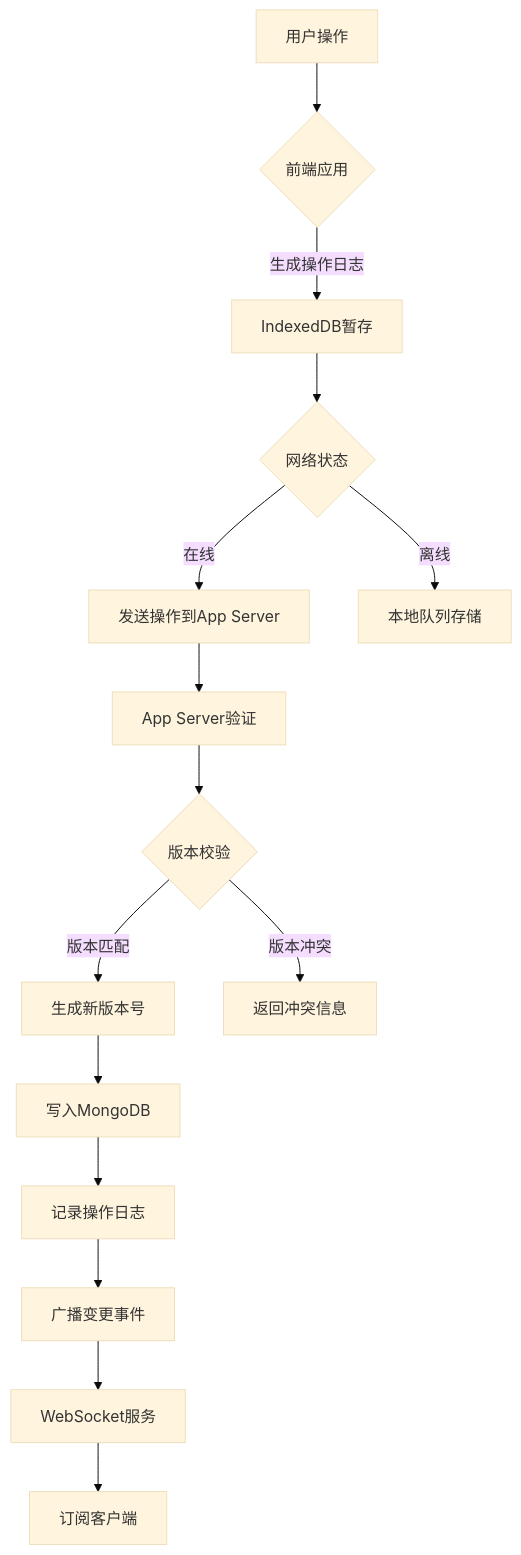
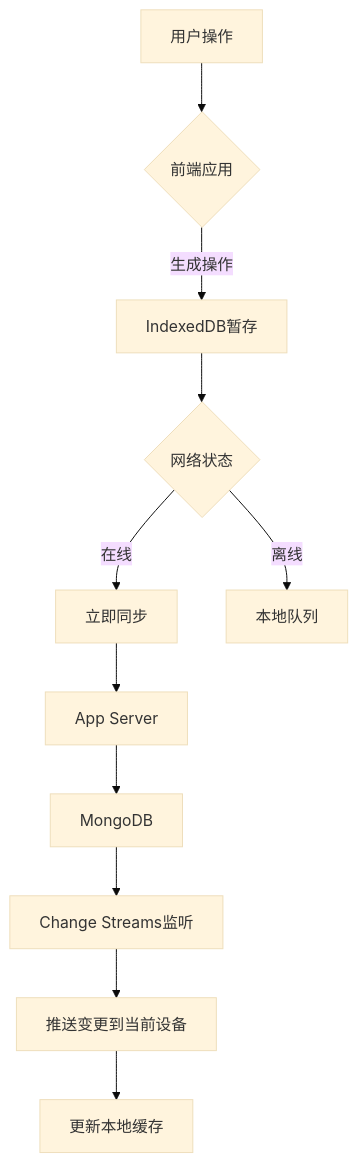
The diagram in all/未命名-21.md (yingjianzh/iodraw-files), drawn with Mermaid (base theme) before and after one commit.

Commit message:
2025-02-17 14:35:59 update

````diff
--- a/all/未命名-21.md
+++ b/all/未命名-21.md
@@ -1,17 +1,13 @@
 ```mermaid
 graph TD
     A[用户操作] --> B{前端应用}
-    B -->|生成操作日志| C[IndexedDB暂存]
+    B -->|生成操作| C[IndexedDB暂存]
     C --> D{网络状态}
-    D -->|在线| E[发送操作到App Server]
-    D -->|离线| F[本地队列存储]
-    E --> G[App Server验证]
-    G --> H{版本校验}
-    H -->|版本匹配| I[生成新版本号]
-    H -->|版本冲突| J[返回冲突信息]
-    I --> K[写入MongoDB]
-    K --> L[记录操作日志]
-    L --> M[广播变更事件]
-    M --> N[WebSocket服务]
-    N --> O[订阅客户端]
+    D -->|在线| E[立即同步]
+    D -->|离线| F[本地队列]
+    E --> G[App Server]
+    G --> H[MongoDB]
+    H --> I[Change Streams监听]
+    I --> J[推送变更到当前设备]
+    J --> K[更新本地缓存]
 ```
````
